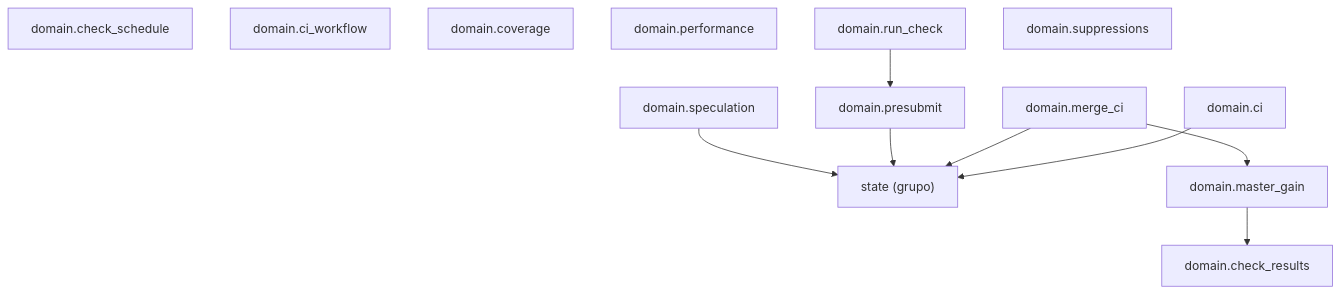
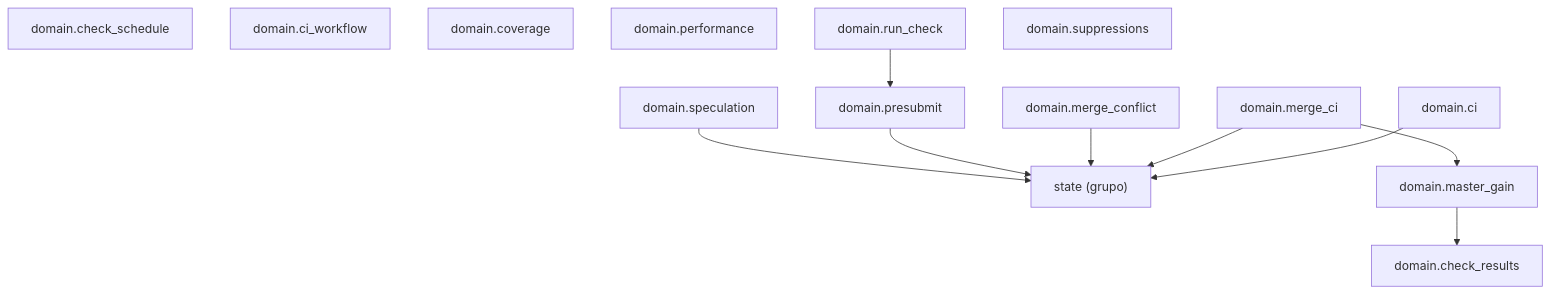
Before and after one commit to GonzaloZevallos/agentic-system: the diagram in docs/architecture/generated/packages-process-domain-checks.md, drawn with Mermaid. The commit also changed 18 other files, not shown here.

First line of the commit message:
Record shape of a git-found conflict and a recorded input for merge_conflicts_from

````diff
--- a/docs/architecture/generated/packages-process-domain-checks.md
+++ b/docs/architecture/generated/packages-process-domain-checks.md
@@ -11,23 +11,25 @@
 ```mermaid
 graph TD
     g_domain__state["state (grupo)"]
     m_domain__check_results["domain.check_results"]
     m_domain__check_schedule["domain.check_schedule"]
     m_domain__ci["domain.ci"]
     m_domain__ci_workflow["domain.ci_workflow"]
     m_domain__coverage["domain.coverage"]
     m_domain__master_gain["domain.master_gain"]
     m_domain__merge_ci["domain.merge_ci"]
+    m_domain__merge_conflict["domain.merge_conflict"]
     m_domain__performance["domain.performance"]
     m_domain__presubmit["domain.presubmit"]
     m_domain__run_check["domain.run_check"]
     m_domain__speculation["domain.speculation"]
     m_domain__suppressions["domain.suppressions"]
     m_domain__ci --> g_domain__state
     m_domain__master_gain --> m_domain__check_results
     m_domain__merge_ci --> g_domain__state
     m_domain__merge_ci --> m_domain__master_gain
+    m_domain__merge_conflict --> g_domain__state
     m_domain__presubmit --> g_domain__state
     m_domain__run_check --> m_domain__presubmit
     m_domain__speculation --> g_domain__state
 ```
````
